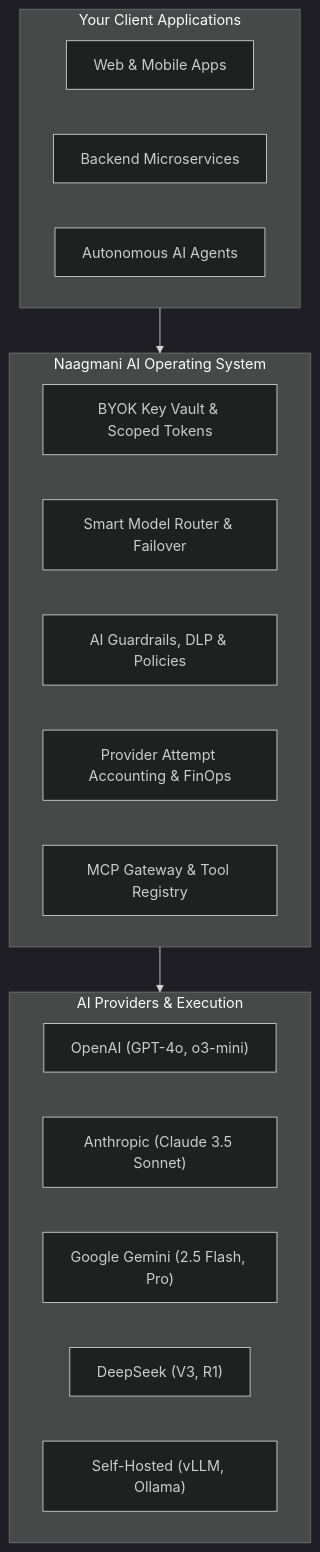
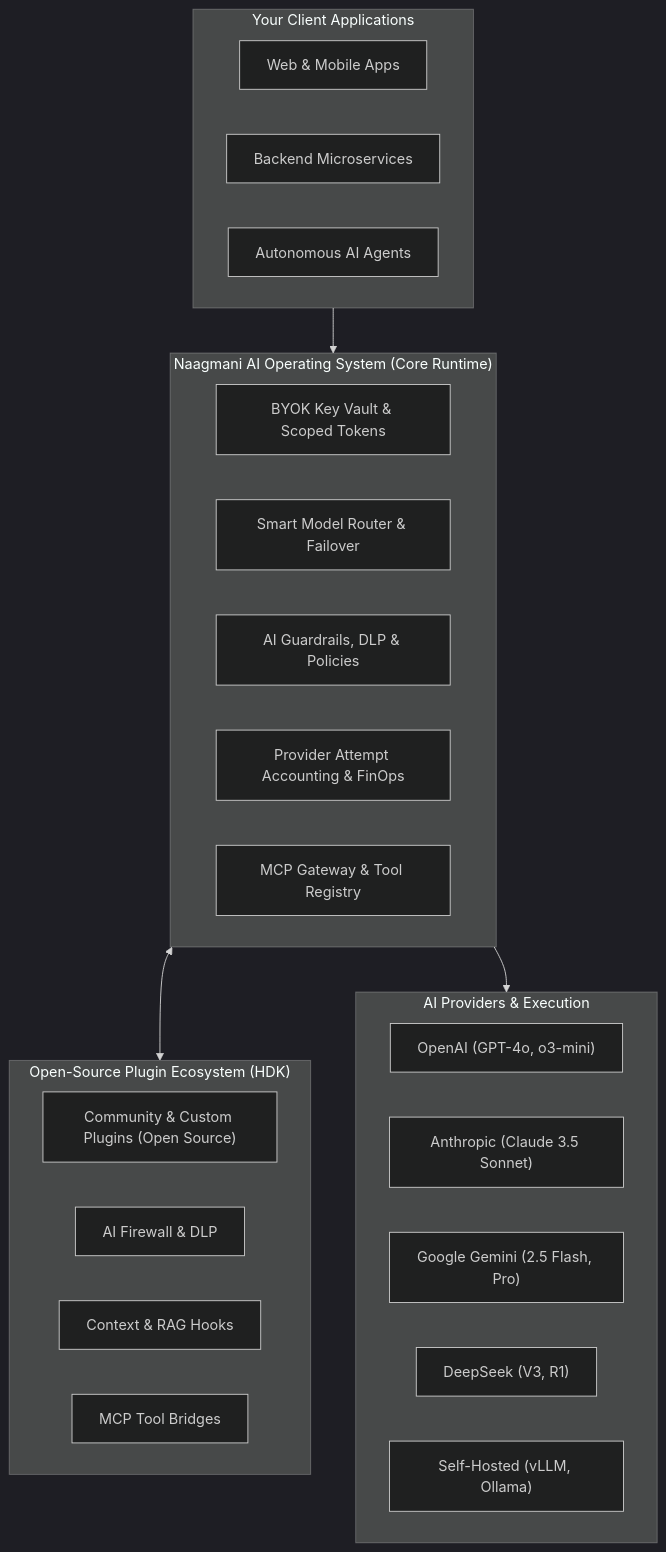
The first of 2 diagrams in docs/introduction/what-is-naagmani.md (bhakha-services/naagmani-docs), drawn with Mermaid (dark theme) before and after one commit. The commit also changed other lines of this file and 3 other files, not shown here.

Commit message:
docs: clarify AI OS architecture with Android OS paradigm and open-source plugin ecosystem

````diff
--- a/docs/introduction/what-is-naagmani.md
+++ b/docs/introduction/what-is-naagmani.md
@@ -7,27 +7,35 @@
 ```mermaid
 graph TD
     subgraph Clients["Your Client Applications"]
         WebApp["Web & Mobile Apps"]
         Backend["Backend Microservices"]
         Agents["Autonomous AI Agents"]
     end
 
-    subgraph NaagmaniOS["Naagmani AI Operating System"]
+    subgraph NaagmaniOS["Naagmani AI Operating System (Core Runtime)"]
         Auth["BYOK Key Vault & Scoped Tokens"]
         Router["Smart Model Router & Failover"]
         Governance["AI Guardrails, DLP & Policies"]
         Telemetry["Provider Attempt Accounting & FinOps"]
         MCP["MCP Gateway & Tool Registry"]
+    end
+
+    subgraph OpenEcosystem["Open-Source Plugin Ecosystem (HDK)"]
+        Plugins["Community & Custom Plugins (Open Source)"]
+        Firewall["AI Firewall & DLP"]
+        RAG["Context & RAG Hooks"]
+        MCPConn["MCP Tool Bridges"]
     end
 
     subgraph Upstream["AI Providers & Execution"]
         OpenAI["OpenAI (GPT-4o, o3-mini)"]
         Anthropic["Anthropic (Claude 3.5 Sonnet)"]
         Google["Google Gemini (2.5 Flash, Pro)"]
         DeepSeek["DeepSeek (V3, R1)"]
         SelfHosted["Self-Hosted (vLLM, Ollama)"]
     end
 
     Clients --> NaagmaniOS
+    NaagmaniOS <--> OpenEcosystem
     NaagmaniOS --> Upstream
 ```
````
